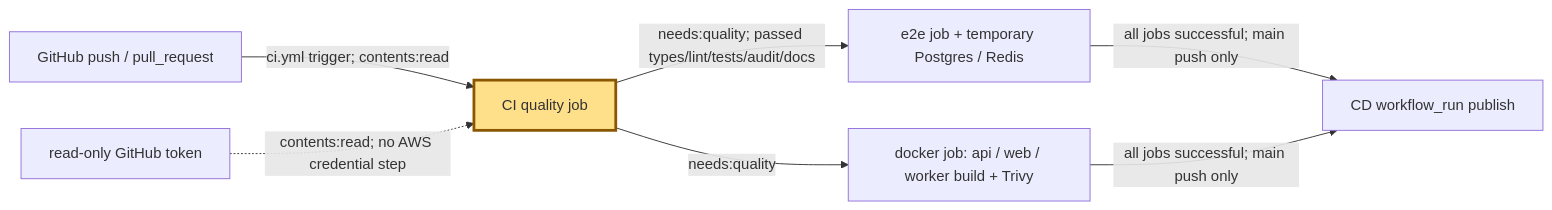
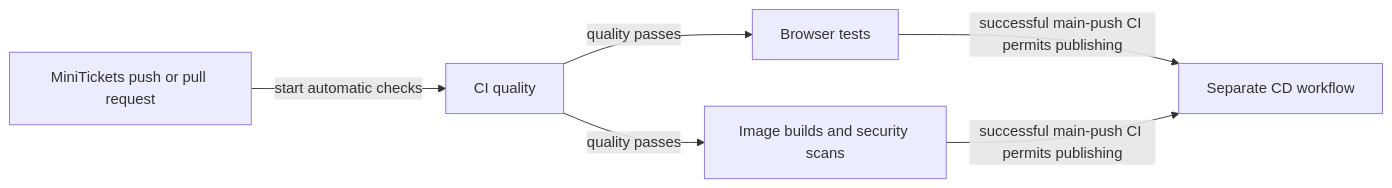
Before and after one commit to maheshnd/minitickets: the diagram in docs/handbook/concepts/ci-pipeline.md, drawn with Mermaid. The commit also changed other lines of this file and 39 other files, not shown here.

````diff
--- a/docs/handbook/concepts/ci-pipeline.md
+++ b/docs/handbook/concepts/ci-pipeline.md
@@ -13,11 +17,8 @@
 ```mermaid
 flowchart LR
-    G["GitHub push / pull_request"] -->|"ci.yml trigger; contents:read"| Q["CI quality job"]
-    Q -->|"needs:quality; passed types/lint/tests/audit/docs"| E["e2e job + temporary Postgres / Redis"]
-    Q -->|"needs:quality"| D["docker job: api / web / worker build + Trivy"]
-    E -->|"all jobs successful; main push only"| C["CD workflow_run publish"]
-    D -->|"all jobs successful; main push only"| C
-    P["read-only GitHub token"] -.->|"contents:read; no AWS credential step"| Q
-    classDef focus fill:#ffe08a,stroke:#8a5700,stroke-width:3px
-    class Q focus
+    G["MiniTickets push or pull request"] -->|"start automatic checks"| Q["CI quality"]
+    Q -->|"quality passes"| E["Browser tests"]
+    Q -->|"quality passes"| D["Image builds and security scans"]
+    E -->|"successful main-push CI permits publishing"| C["Separate CD workflow"]
+    D -->|"successful main-push CI permits publishing"| C
 ```
````
